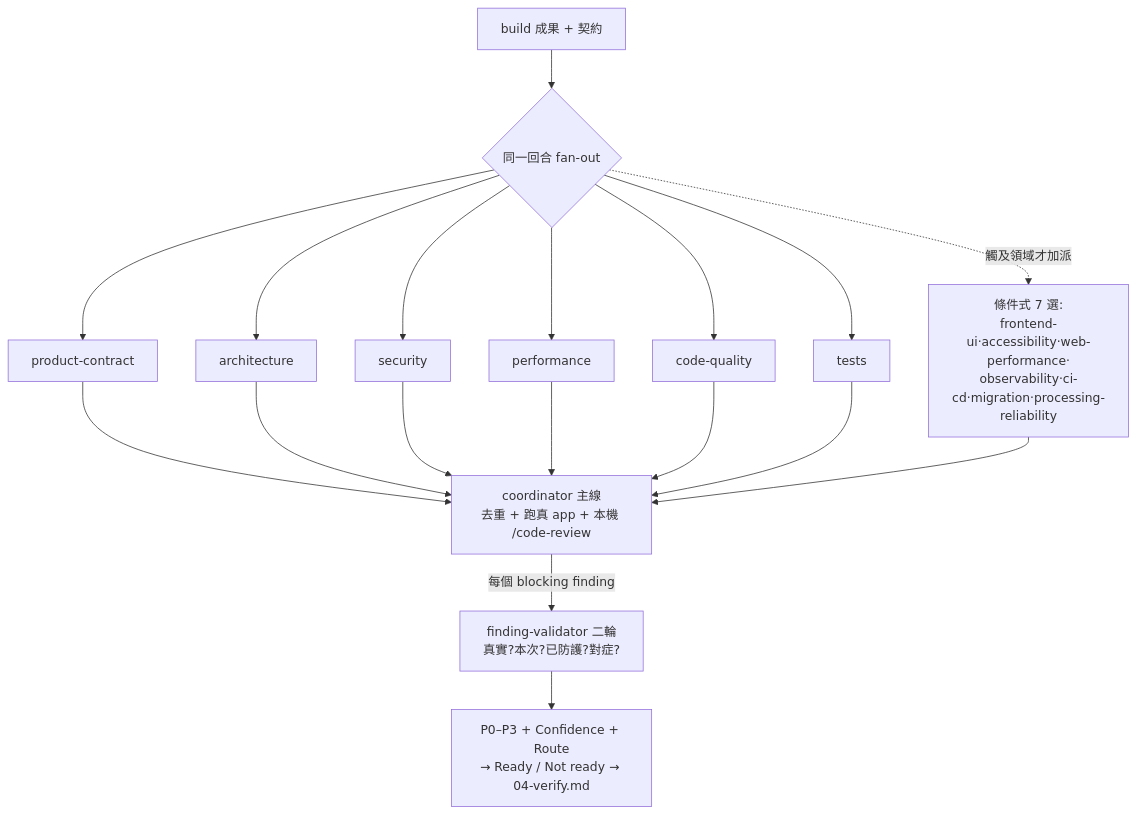
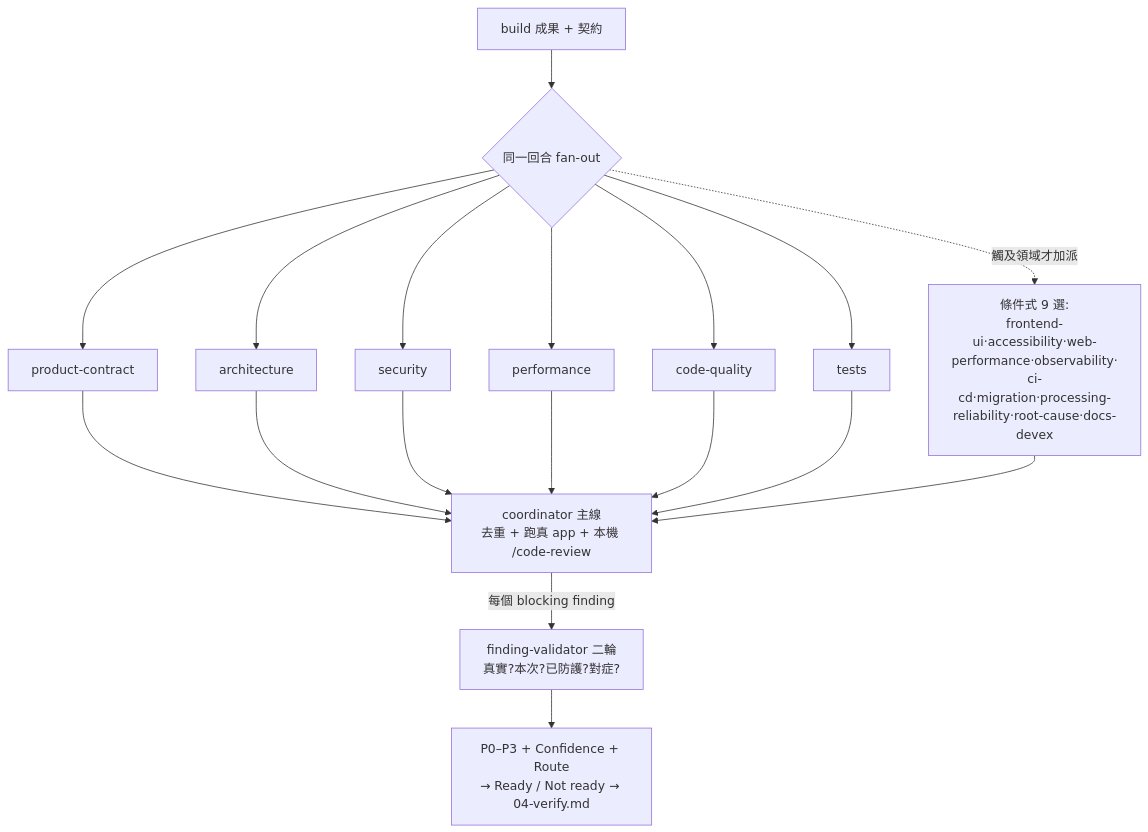
One commit to adha9990/dev-workflows changed the third of 3 diagrams in plugins/loops-workflow/docs/FLOW.md. Above: the diagram before and after it, drawn with Mermaid. The commit also changed other lines of this file and 5 other files, not shown here.

First line of the commit message:
docs(loops): 同步 FLOW/REFERENCES/README/AGENTS + bump 0.56.0

````diff
--- a/plugins/loops-workflow/docs/FLOW.md
+++ b/plugins/loops-workflow/docs/FLOW.md
@@ -165,14 +165,14 @@
 ```mermaid
 flowchart TD
     BUILD[build 成果 + 契約] --> FAN{同一回合 fan-out}
     FAN --> C1[product-contract]
     FAN --> C2[architecture]
     FAN --> C3[security]
     FAN --> C4[performance]
     FAN --> C5[code-quality]
     FAN --> C6[tests]
-    FAN -.觸及領域才加派.-> COND[條件式 7 選:<br/>frontend-ui·accessibility·web-performance·<br/>observability·ci-cd·migration·processing-reliability]
+    FAN -.觸及領域才加派.-> COND[條件式 9 選:<br/>frontend-ui·accessibility·web-performance·observability·<br/>ci-cd·migration·processing-reliability·root-cause·docs-devex]
     C1 & C2 & C3 & C4 & C5 & C6 & COND --> CO[coordinator 主線<br/>去重 + 跑真 app + 本機 /code-review]
     CO -->|每個 blocking finding| FV[finding-validator 二輪<br/>真實?本次?已防護?對症?]
     FV --> OUT[P0–P3 + Confidence + Route<br/>→ Ready / Not ready → 04-verify.md]
 ```
````
